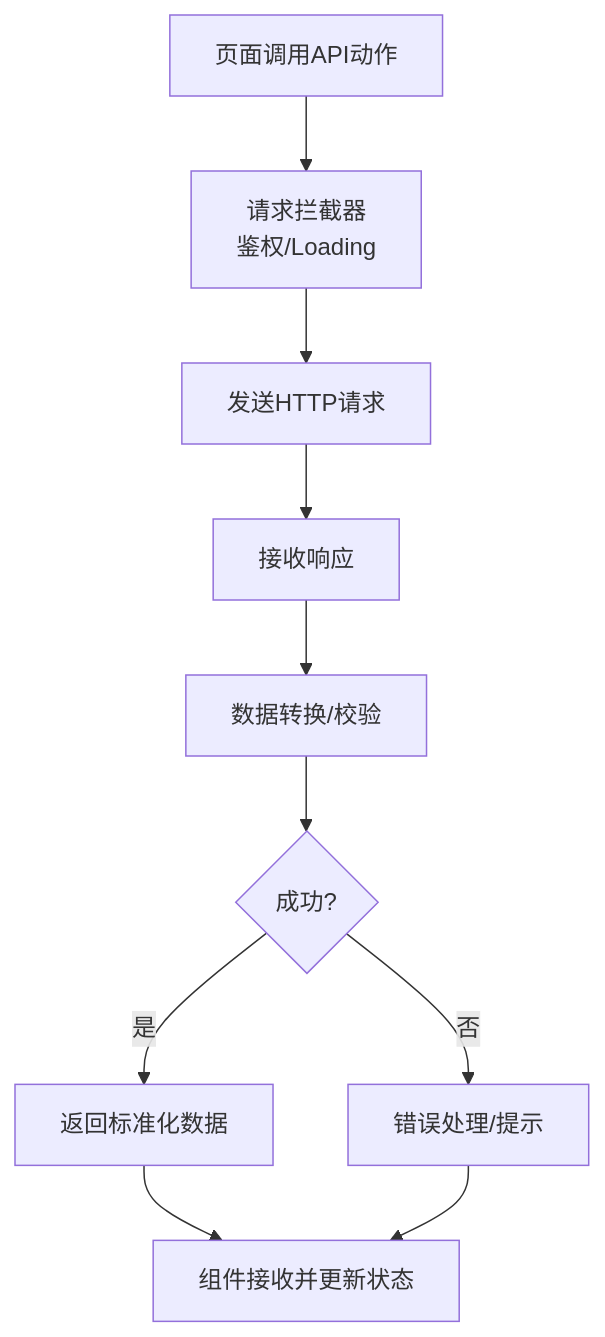
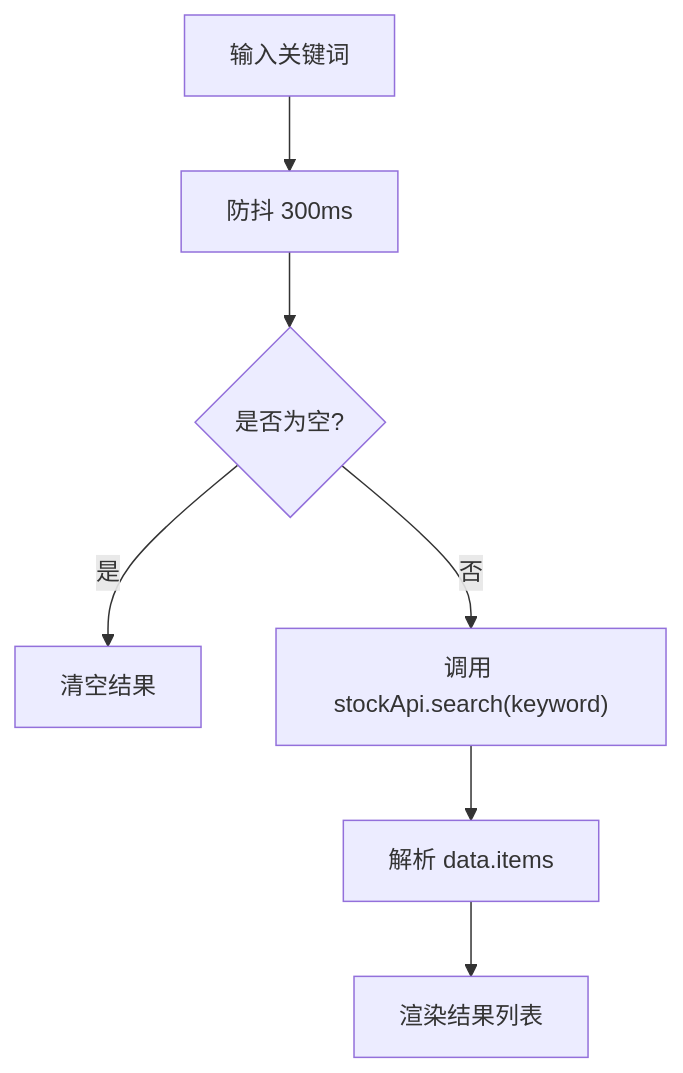
The eighth of 10 diagrams in .qoder/repowiki/zh/content/前端开发/前端开发.md (We3le7/stock-view), drawn with Mermaid before and after one commit. The commit also changed other lines of this file and 142 other files, not shown here.

````diff
--- a/.qoder/repowiki/zh/content/前端开发/前端开发.md
+++ b/.qoder/repowiki/zh/content/前端开发/前端开发.md
@@ -305,12 +323,9 @@
 ```mermaid
 flowchart TD
-Call["页面调用API动作"] --> Interceptor["请求拦截器<br/>鉴权/Loading"]
-Interceptor --> Request["发送HTTP请求"]
-Request --> Response["接收响应"]
-Response --> Transform["数据转换/校验"]
-Transform --> Success{"成功?"}
-Success --> |是| Resolve["返回标准化数据"]
-Success --> |否| HandleErr["错误处理/提示"]
-Resolve --> Done["组件接收并更新状态"]
-HandleErr --> Done
+Input["输入关键词"] --> Debounce["防抖 300ms"]
+Debounce --> Empty{"是否为空?"}
+Empty --> |是| Clear["清空结果"]
+Empty --> |否| CallAPI["调用 stockApi.search(keyword)"]
+CallAPI --> Parse["解析 data.items"]
+Parse --> Render["渲染结果列表"]
 ```
````
